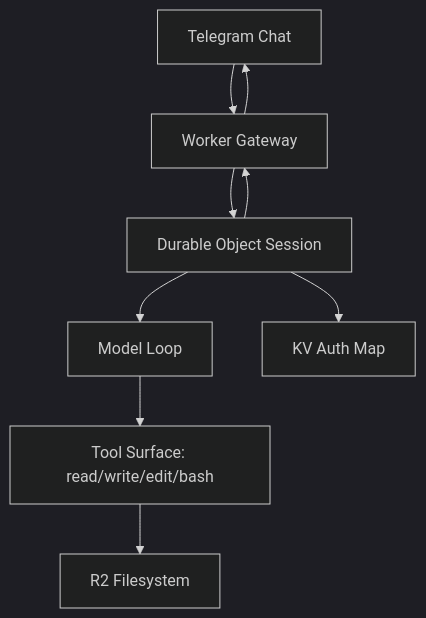
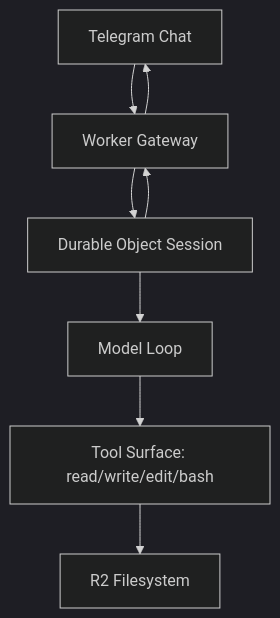
One commit to drevantonder/dreclaw changed the diagram in README.md. Above: the diagram before and after it, drawn with Mermaid (dark theme). The commit also changed other lines of this file and 12 other files, not shown here.

````diff
--- a/README.md
+++ b/README.md
@@ -18,10 +18,9 @@
 ```mermaid
 flowchart TD
   U[Telegram Chat] --> W[Worker Gateway]
   W --> DO[Durable Object Session]
   DO --> M[Model Loop]
   M --> T[Tool Surface: read/write/edit/bash]
   T --> FS[R2 Filesystem]
-  DO --> KV[KV Auth Map]
   DO --> W --> U
 ```
````
